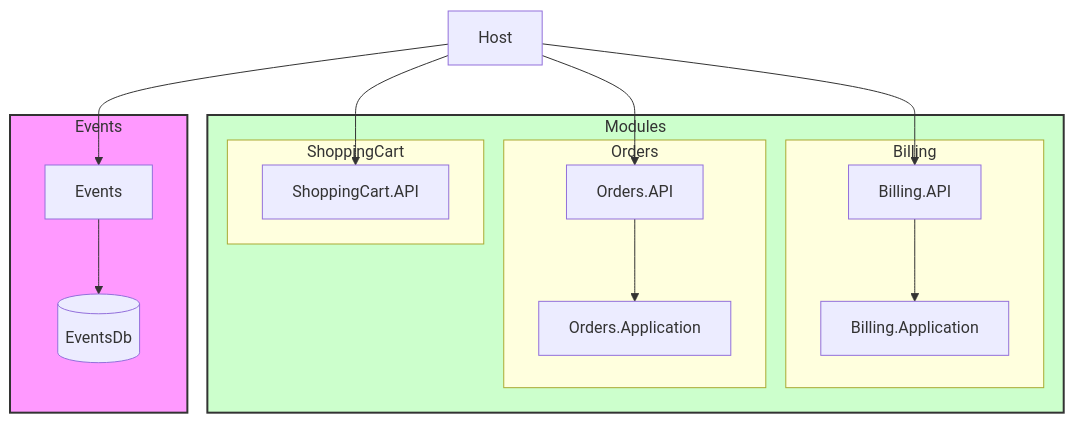
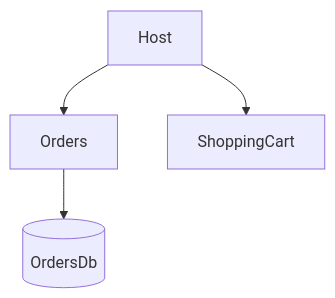
One commit to RobertoFreireDev/ECOMMERCE changed the diagram in README.md. Above: the diagram before and after it, drawn with Mermaid. The commit also changed other lines of this file, not shown here.

````diff
--- a/README.md
+++ b/README.md
@@ -1,36 +1,13 @@
 ```mermaid
 flowchart TD
     Host["Host"]
 
-    subgraph Modules["Modules"]
-        subgraph Billing["Billing"]
-            BillingAPI["Billing.API"]
-            BillingApp["Billing.Application"]
-            BillingAPI --> BillingApp
-        end
+    Orders["Orders"]
+    OrdersDb[(OrdersDb)]
+    Orders --> OrdersDb
 
-        subgraph Orders["Orders"]
-            OrdersAPI["Orders.API"]
-            OrdersApp["Orders.Application"]
-            OrdersAPI --> OrdersApp
-        end
+    ShoppingCart["ShoppingCart"]
 
-        subgraph ShoppingCart["ShoppingCart"]
-            CartAPI["ShoppingCart.API"]
-        end
-    end
-
-    subgraph EventsModule["Events"]
-        Events["Events"]
-        EventsDb[(EventsDb)]
-        Events --> EventsDb
-    end
-
-    Host --> BillingAPI
-    Host --> OrdersAPI
-    Host --> CartAPI
-    Host --> Events
-
-    style EventsModule fill:#f9f,stroke:#333,stroke-width:2px
-    style Modules fill:#cfc,stroke:#333,stroke-width:2px
+    Host --> Orders
+    Host --> ShoppingCart
 ```
````
